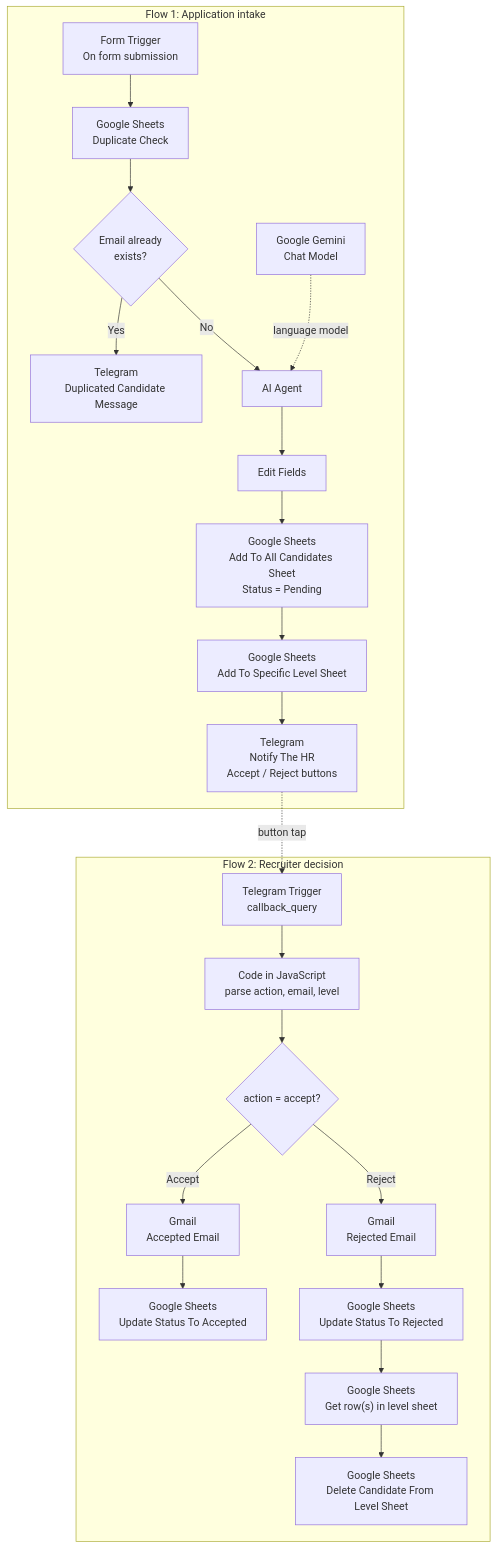
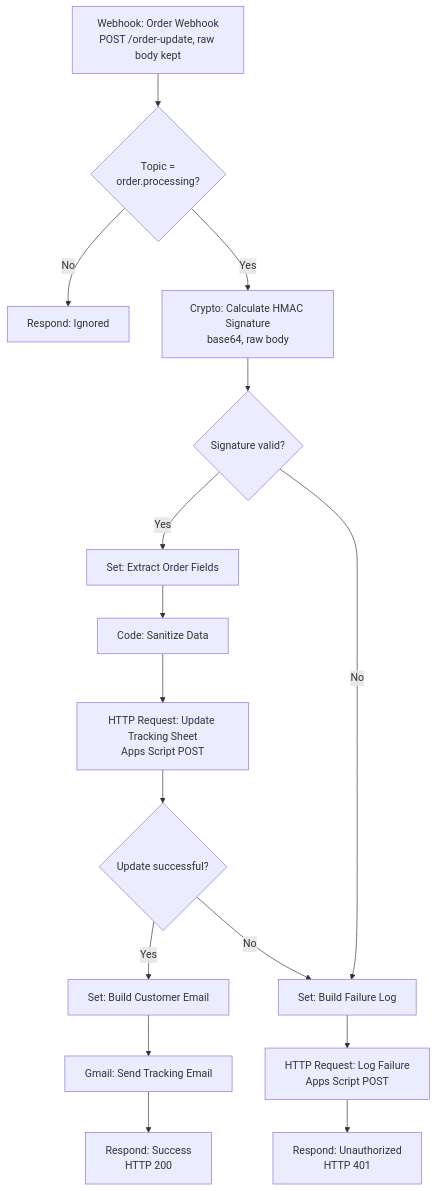
The diagram in README.md (Omar-Ayman0/n8n-ai-automation-projects), drawn with Mermaid before and after one commit. The commit also changed other lines of this file and 2 other files, not shown here.

````diff
--- a/README.md
+++ b/README.md
@@ -15,27 +17,20 @@
 ```mermaid
 flowchart TD
-    subgraph A["Flow 1: Application intake"]
-        F["Form Trigger<br/>On form submission"] --> DC["Google Sheets<br/>Duplicate Check"]
-        DC --> IF{"Email already<br/>exists?"}
-        IF -- "Yes" --> DUP["Telegram<br/>Duplicated Candidate Message"]
-        IF -- "No" --> AG["AI Agent"]
-        GEM["Google Gemini<br/>Chat Model"] -. "language model" .-> AG
-        AG --> EF["Edit Fields"]
-        EF --> ALL["Google Sheets<br/>Add To All Candidates Sheet<br/>Status = Pending"]
-        ALL --> LVL["Google Sheets<br/>Add To Specific Level Sheet"]
-        LVL --> NH["Telegram<br/>Notify The HR<br/>Accept / Reject buttons"]
-    end
+    WH["Webhook: Order Webhook<br/>POST /order-update, raw body kept"] --> TF{"Topic =<br/>order.processing?"}
+    TF -- "No" --> IG["Respond: Ignored"]
+    TF -- "Yes" --> HM["Crypto: Calculate HMAC Signature<br/>base64, raw body"]
+    HM --> SV{"Signature valid?"}
 
-    subgraph B["Flow 2: Recruiter decision"]
-        TT["Telegram Trigger<br/>callback_query"] --> CODE["Code in JavaScript<br/>parse action, email, level"]
-        CODE --> AR{"action = accept?"}
-        AR -- "Accept" --> AE["Gmail<br/>Accepted Email"]
-        AE --> UA["Google Sheets<br/>Update Status To Accepted"]
-        AR -- "Reject" --> RE["Gmail<br/>Rejected Email"]
-        RE --> UR["Google Sheets<br/>Update Status To Rejected"]
-        UR --> GR["Google Sheets<br/>Get row(s) in level sheet"]
-        GR --> DEL["Google Sheets<br/>Delete Candidate From Level Sheet"]
-    end
+    SV -- "Yes" --> EX["Set: Extract Order Fields"]
+    EX --> SAN["Code: Sanitize Data"]
+    SAN --> UT["HTTP Request: Update Tracking Sheet<br/>Apps Script POST"]
+    UT --> US{"Update successful?"}
+    US -- "Yes" --> BE["Set: Build Customer Email"]
+    BE --> SE["Gmail: Send Tracking Email"]
+    SE --> RS["Respond: Success<br/>HTTP 200"]
 
-    NH -. "button tap" .-> TT
+    SV -- "No" --> BF["Set: Build Failure Log"]
+    US -- "No" --> BF
+    BF --> LF["HTTP Request: Log Failure<br/>Apps Script POST"]
+    LF --> RU["Respond: Unauthorized<br/>HTTP 401"]
 ```
````
